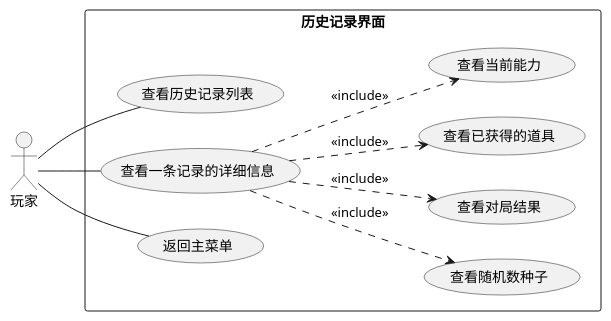
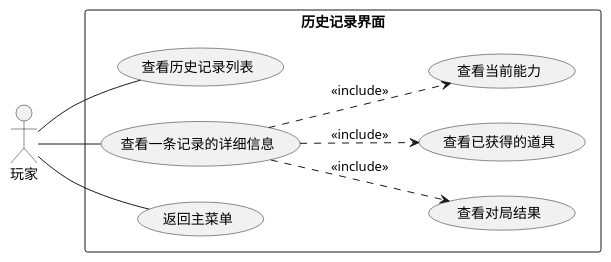
One commit to SnekTech/mine-sweeper-rogue-lib changed the diagram in SnekPlugin/Diagrams/UseCase/history.puml. Above: the diagram before and after it, drawn with PlantUML. The commit also changed 1 other file, not shown here.

Commit message:
update use case diagram

```diff
--- a/SnekPlugin/Diagrams/UseCase/history.puml
+++ b/SnekPlugin/Diagrams/UseCase/history.puml
@@ -1,27 +1,27 @@
-@startuml gameplay use case
+@startuml
 left to right direction
 
 actor "玩家" as p1
 
 rectangle 历史记录界面 {
     usecase check_records_list as "查看历史记录列表"
     
     usecase check_record_detail as "查看一条记录的详细信息"
     
-    usecase check_seed as "查看随机数种子"
+'    usecase check_seed as "查看随机数种子"
     usecase check_result as "查看对局结果"
     usecase check_items as "查看已获得的道具"
     usecase check_ability as "查看当前能力"
     usecase return_to_main_menu as "返回主菜单"
     
-    check_record_detail ..> check_seed : <<include>>
+'    check_record_detail ..> check_seed : <<include>>
     check_record_detail ..> check_result : <<include>>
     check_record_detail ..> check_items : <<include>>
     check_record_detail ..> check_ability : <<include>>
 }
 
 p1 -- check_records_list
 p1 -- check_record_detail
 p1 -- return_to_main_menu
 
 @enduml
```
